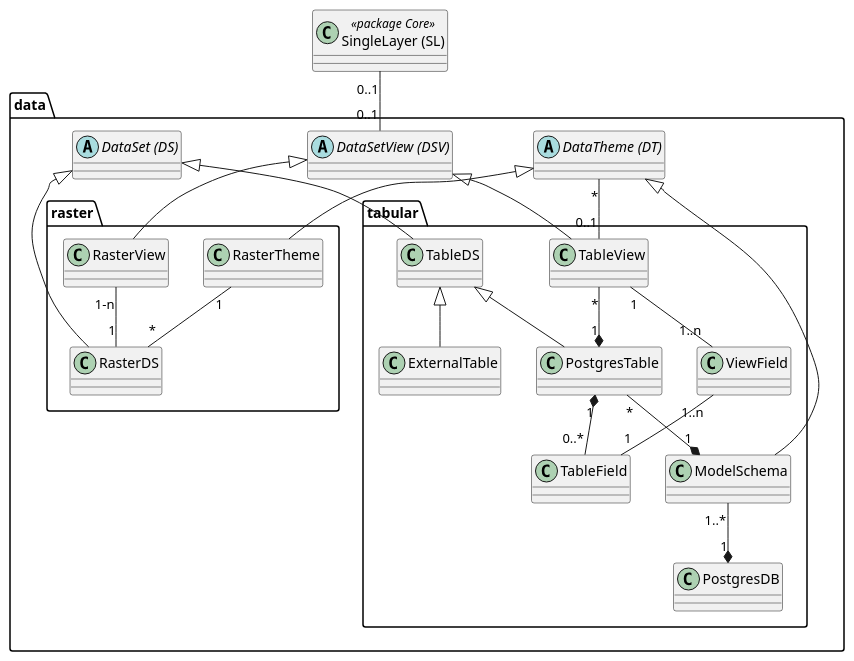
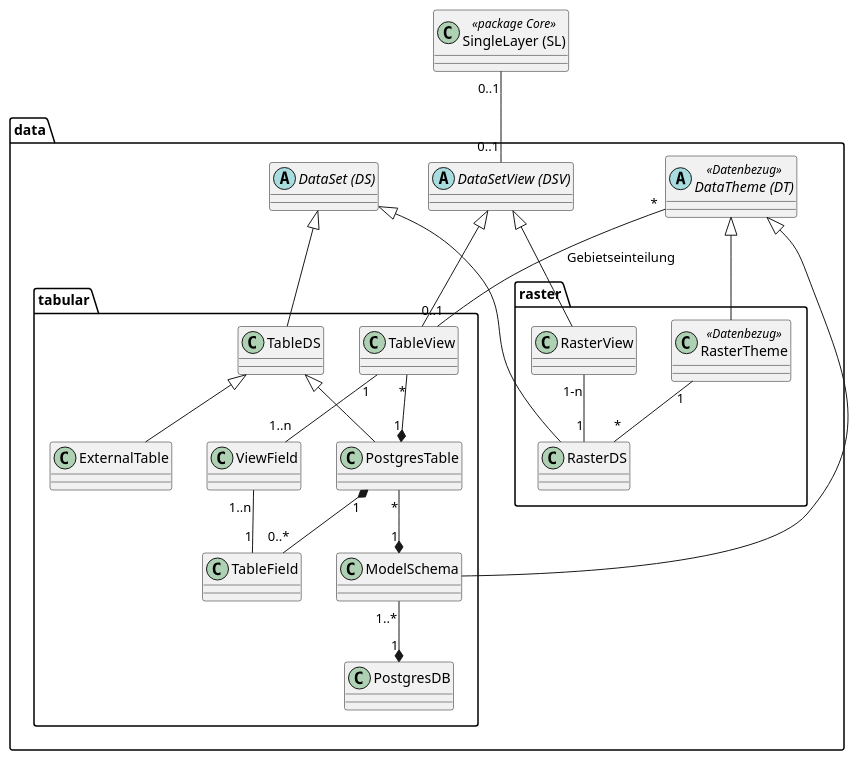
One commit to sogis/simi changed the diagram in simi/doc/puml/src/simi_data.puml. Above: the diagram before and after it, drawn with PlantUML. The commit also changed 9 other files, not shown here.

```diff
--- a/simi/doc/puml/src/simi_data.puml
+++ b/simi/doc/puml/src/simi_data.puml
@@ -1,53 +1,53 @@
 @startuml
 class "SingleLayer (SL)" as sl << package Core >>
 package data {
     abstract class "DataSetView (DSV)" as dsv
     abstract class "DataSet (DS)" as ds
-    abstract class "DataTheme (DT)" as dt
+    abstract class "DataTheme (DT)" as dt << Datenbezug >>
 
     package tabular {
         class "TableView" as tv
         class "TableDS" as tds
         class "PostgresTable" as pt
         class "ExternalTable" as et
         class "TableDS" as tds
         class "PostgresDB" as pdb
         class "TableField" as tf
         class "ViewField" as vf
         class "ModelSchema" as ms
 
         tds <|-- pt
         tds <|-- et
 
         tv "*" --* "1" pt
 
         pt "*" --* "1" ms
         pt "1" *-- "0..*" tf
 
         tv "1" -- "1..n" vf
         vf "1..n" -- "1" tf
 
         ms "1..*" --* "1" pdb
     }
 
     package "raster"{
-        class "RasterTheme" as rt
+        class "RasterTheme" as rt << Datenbezug >>
         class "RasterView" as rv
         class "RasterDS" as rds
 
         rt "1" -- "*" rds
         rv "1-n" -- "1" rds
     }
-    dt "*" -- "0..1" tv
+    dt "*" -- "0..1" tv : Gebietseinteilung
 
     dt <|-- ms
     dt <|-- rt
 
     dsv <|-- rv
     dsv <|-- tv
 
     ds <|-- rds
     ds <|-- tds
 }
 sl "0..1" -- "0..1" dsv
 @enduml
```
